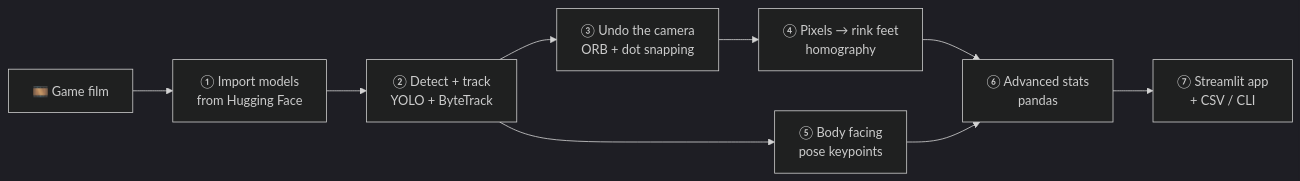
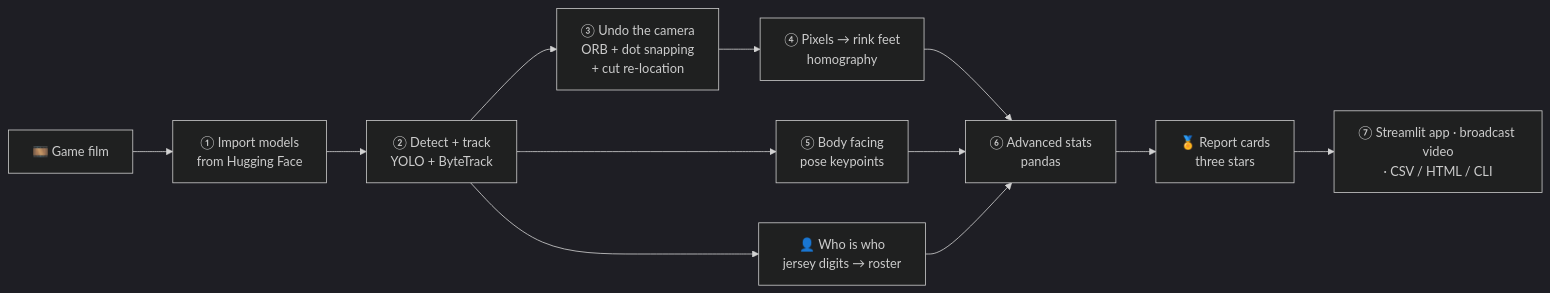
Before and after one commit to CohenTheCoder/rink-iq: the diagram in README.md, drawn with Mermaid (dark theme). The commit also changed other lines of this file and 25 other files, not shown here.

First line of the commit message:
Full games, player names, broadcast video and report cards; Learn CV tab and beginner course

````diff
--- a/README.md
+++ b/README.md
@@ -25,11 +54,14 @@
 ```mermaid
 flowchart LR
     A["🎞️ Game film"] --> B["① Import models<br/>from Hugging Face"]
     B --> C["② Detect + track<br/>YOLO + ByteTrack"]
-    C --> D["③ Undo the camera<br/>ORB + dot snapping"]
+    C --> D["③ Undo the camera<br/>ORB + dot snapping<br/>+ cut re-location"]
+    C --> N["👤 Who is who<br/>jersey digits → roster"]
     D --> E["④ Pixels → rink feet<br/>homography"]
     C --> F["⑤ Body facing<br/>pose keypoints"]
     E --> G["⑥ Advanced stats<br/>pandas"]
     F --> G
-    G --> H["⑦ Streamlit app<br/>+ CSV / CLI"]
+    N --> G
+    G --> R["🏅 Report cards<br/>three stars"]
+    R --> H["⑦ Streamlit app · broadcast video<br/>· CSV / HTML / CLI"]
 ```
````
